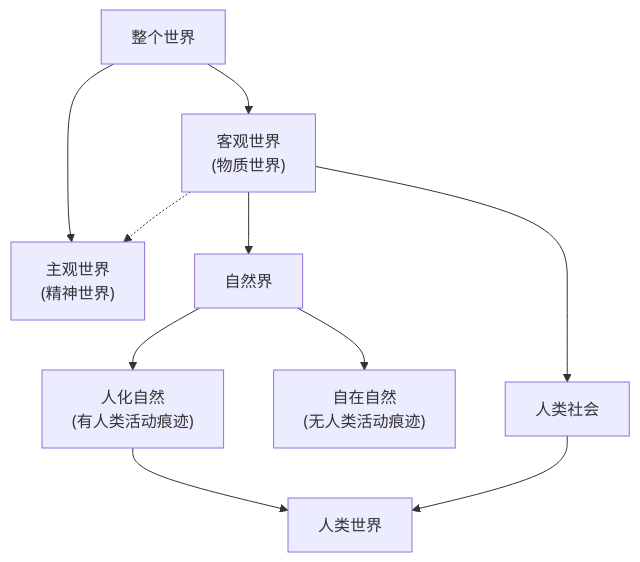
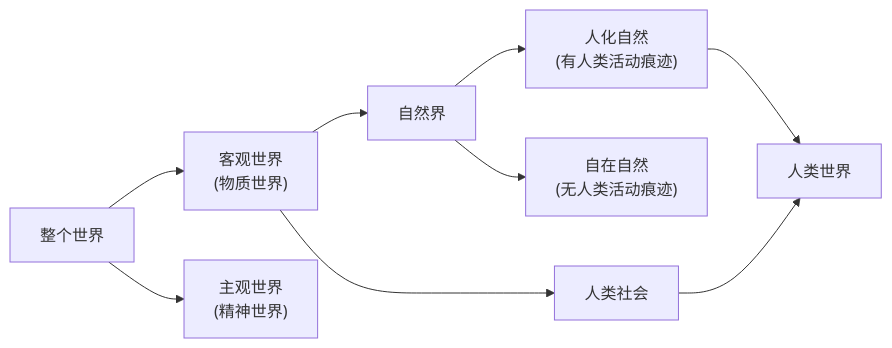
One commit to DuHaoyang626/national-postgraduate-entrance-exam-notes changed the diagram in 04政治/2027 考研政治马原讲义.md. Above: the diagram before and after it, drawn with Mermaid.

Commit message:
Update from Sync Service

````diff
--- a/04政治/2027 考研政治马原讲义.md
+++ b/04政治/2027 考研政治马原讲义.md
@@ -300,17 +300,17 @@
 ```mermaid
-graph TD
+graph LR
     A["整个世界"] --> B["客观世界
 (物质世界)"]
     A --> C["主观世界
 (精神世界)"]
     B --> D["自然界"]
     B --> E["人类社会"]
     D --> F["自在自然
 (无人类活动痕迹)"]
     D --> G["人化自然
 (有人类活动痕迹)"]
     G --> H["人类世界"]
     E --> H
-    B -.-> C
+    
 
 ```
````
